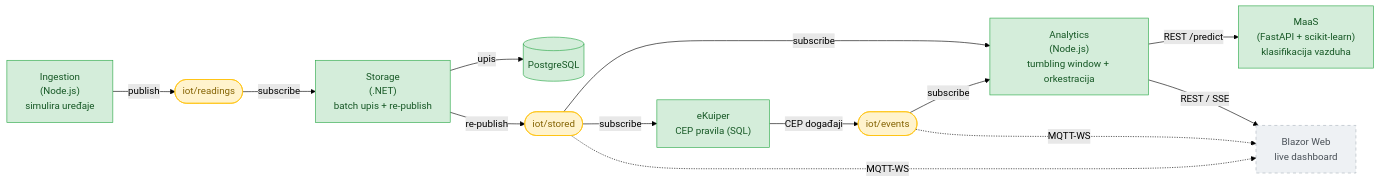
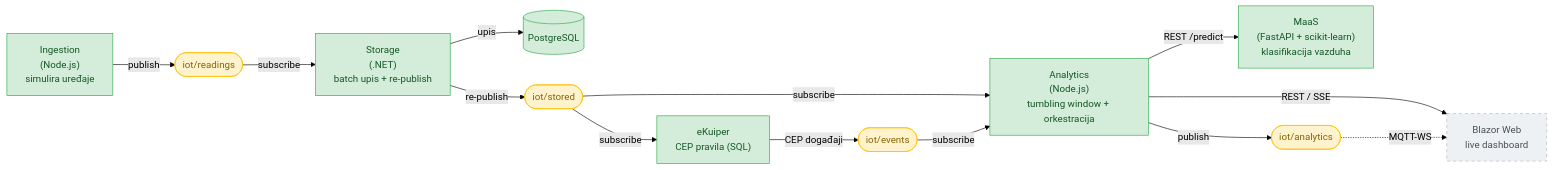
Before and after one commit to AsterixMitic/IOTS-Projects: the diagram in project-three/docs/IMPLEMENTACIJA.md, drawn with Mermaid (forest theme). The commit also changed other lines of this file and 11 other files, not shown here.

````diff
--- a/project-three/docs/IMPLEMENTACIJA.md
+++ b/project-three/docs/IMPLEMENTACIJA.md
@@ -18,34 +18,35 @@
 ```mermaid
 flowchart LR
     ING["Ingestion<br/>(Node.js)<br/>simulira uređaje"]
     STOR["Storage<br/>(.NET)<br/>batch upis + re-publish"]
     PG[("PostgreSQL")]
     EK["eKuiper<br/>CEP pravila (SQL)"]
     AN["Analytics<br/>(Node.js)<br/>tumbling window + orkestracija"]
     MAAS["MaaS<br/>(FastAPI + scikit-learn)<br/>klasifikacija vazduha"]
     WEB["Blazor Web<br/>live dashboard"]
 
     T1(["iot/readings"])
     T2(["iot/stored"])
     T3(["iot/events"])
+    T4(["iot/analytics"])
 
     ING -->|publish| T1
     T1 -->|subscribe| STOR
     STOR -->|upis| PG
     STOR -->|re-publish| T2
     T2 -->|subscribe| AN
     T2 -->|subscribe| EK
     EK -->|CEP događaji| T3
     T3 -->|subscribe| AN
     AN -->|"REST /predict"| MAAS
+    AN -->|publish| T4
     AN -->|"REST / SSE"| WEB
-    T2 -.->|MQTT-WS| WEB
-    T3 -.->|MQTT-WS| WEB
+    T4 -.->|MQTT-WS| WEB
 
     classDef done fill:#d4edda,stroke:#28a745,color:#155724;
     classDef todo fill:#eef1f4,stroke:#adb5bd,color:#495057,stroke-dasharray:5 5;
     classDef topic fill:#fff3cd,stroke:#ffc107,color:#856404;
     class ING,STOR,PG,AN,MAAS,EK done;
     class WEB todo;
-    class T1,T2,T3 topic;
+    class T1,T2,T3,T4 topic;
 ```
````
